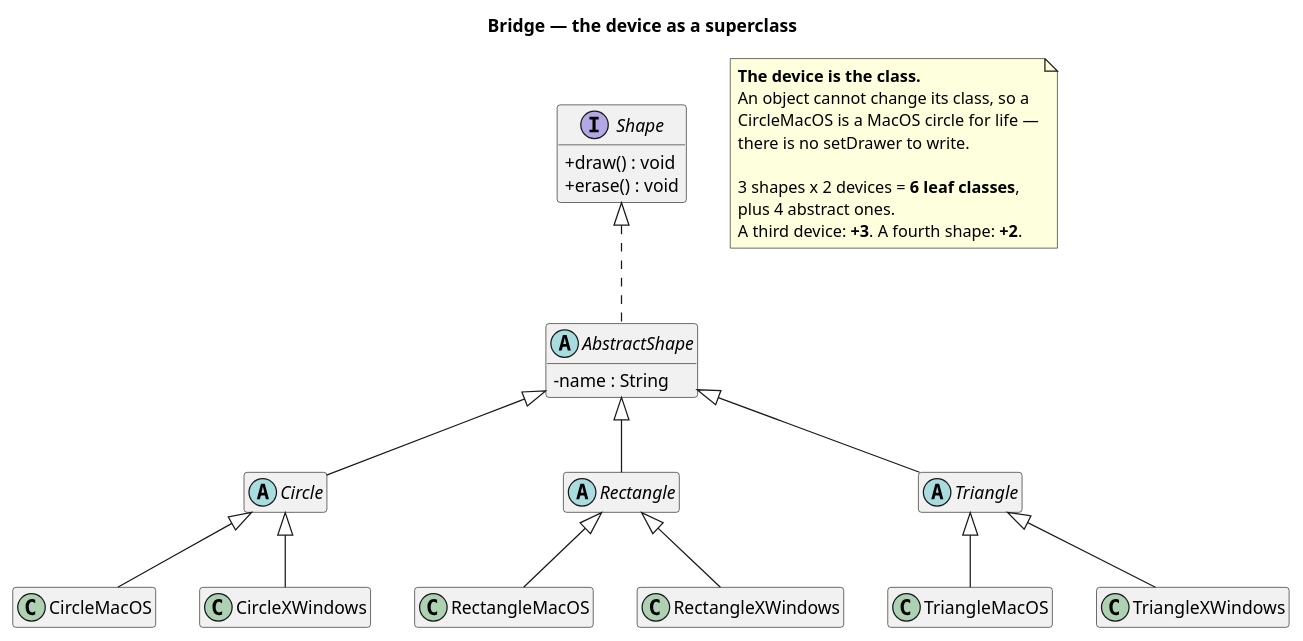
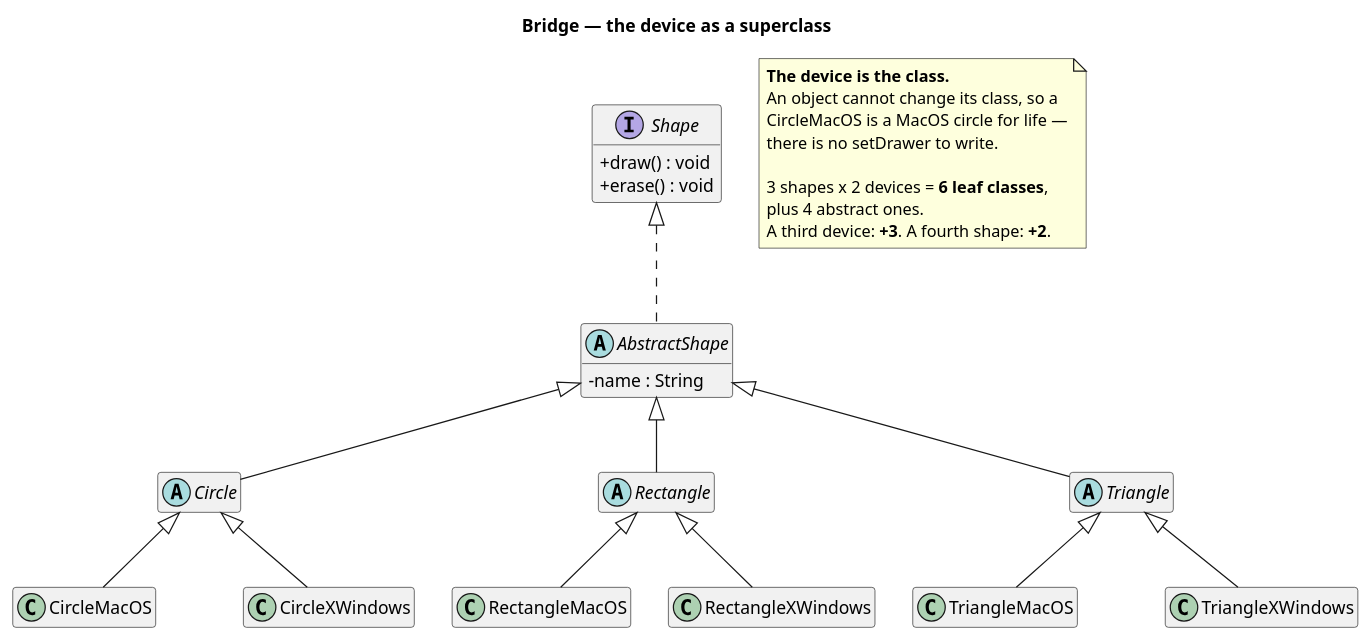
Before and after one commit to kaldiroglu/DesignPatternsWithJava: the diagram in src/main/java/dev/kaldiroglu/dp/structural/bridge/shape/problem/uml/Bridge - Shape (Problem) - Class Diagram.puml, drawn with PlantUML. The commit also changed 145 other files, not shown here.

Commit message:
Structural diagrams: each parent above and centered over its children, on one row, with straight lines; pm and pluggable adapter diagrams name the current methods and classes

```diff
--- a/src/main/java/dev/kaldiroglu/dp/structural/bridge/shape/problem/uml/Bridge - Shape (Problem) - Class Diagram.puml
+++ b/src/main/java/dev/kaldiroglu/dp/structural/bridge/shape/problem/uml/Bridge - Shape (Problem) - Class Diagram.puml
@@ -1,49 +1,68 @@
 @startuml "Bridge - Shape (Problem) - Class Diagram"
+skinparam class {
+  BackgroundColor<<spacer>> transparent
+  BorderColor<<spacer>> transparent
+  FontColor<<spacer>> transparent
+}
+hide <<spacer>> stereotype
+hide <<spacer>> circle
+skinparam linetype polyline
+skinparam nodesep 30
 skinparam classAttributeIconSize 0
 hide empty members
 title Bridge — the device as a superclass
 
 
 interface Shape {
   + draw() : void
   + erase() : void
 }
 
 abstract class AbstractShape {
   - name : String
 }
 
 abstract class Circle
 abstract class Rectangle
 abstract class Triangle
 
 class CircleMacOS
 class CircleXWindows
 class RectangleMacOS
 class RectangleXWindows
 class TriangleMacOS
 class TriangleXWindows
 
 Shape <|.. AbstractShape
 AbstractShape <|-- Circle
 AbstractShape <|-- Rectangle
 AbstractShape <|-- Triangle
 Circle <|-- CircleMacOS
 Circle <|-- CircleXWindows
 Rectangle <|-- RectangleMacOS
 Rectangle <|-- RectangleXWindows
 Triangle <|-- TriangleMacOS
 Triangle <|-- TriangleXWindows
 
 note as N1
   <b>The device is the class.</b>
   An object cannot change its class, so a
   CircleMacOS is a MacOS circle for life —
   there is no setDrawer to write.
 
   3 shapes x 2 devices = <b>6 leaf classes</b>,
   plus 4 abstract ones.
   A third device: <b>+3</b>. A fourth shape: <b>+2</b>.
 end note
 
+class " " as Spacer51 <<spacer>>
+Circle -[hidden]- Spacer51
+Circle -[hidden]- Spacer51
+CircleMacOS -[hidden]right- Spacer51
+Spacer51 -[hidden]right- CircleXWindows
+class " " as Spacer52 <<spacer>>
+Triangle -[hidden]- Spacer52
+Triangle -[hidden]- Spacer52
+TriangleMacOS -[hidden]right- Spacer52
+Spacer52 -[hidden]right- TriangleXWindows
 @enduml
```
